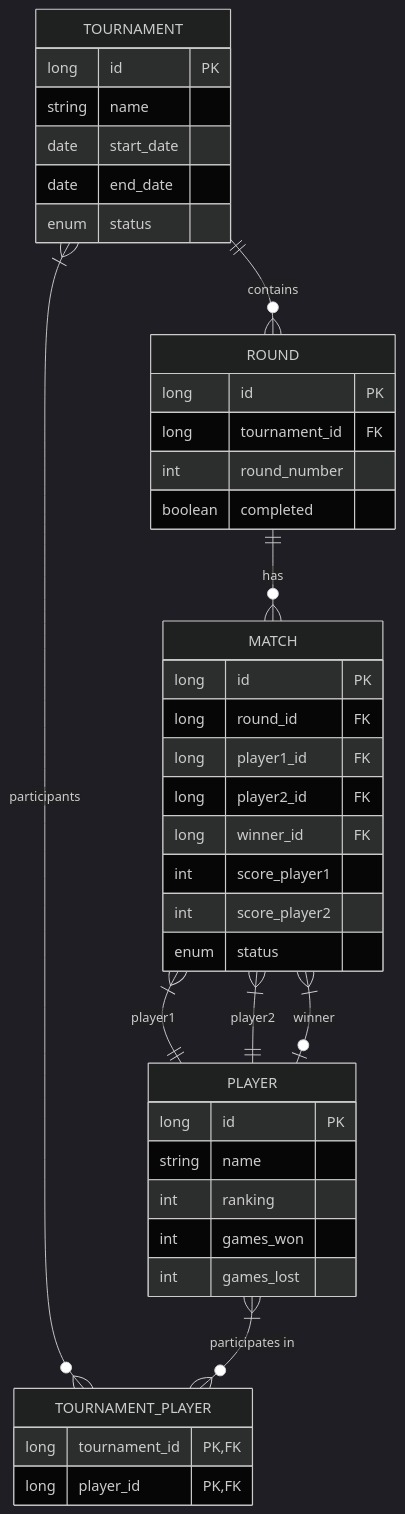
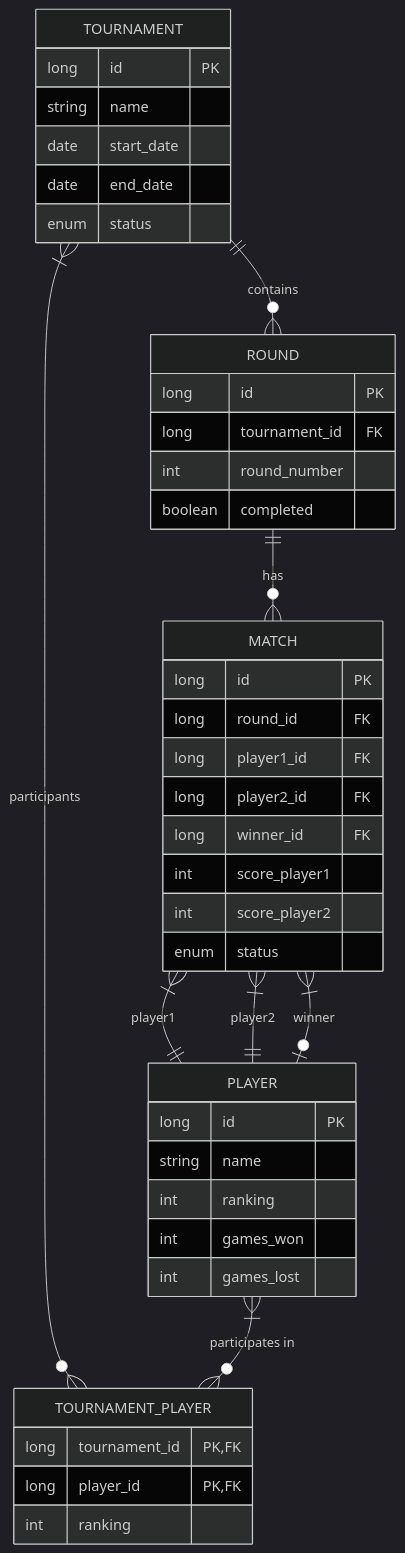
The diagram in Readme.md (ukondert/privat_turnier_management_app), drawn with Mermaid (dark theme) before and after one commit. The commit also changed other lines of this file and 3 other files, not shown here.

````diff
--- a/Readme.md
+++ b/Readme.md
@@ -9,49 +20,50 @@
 ```mermaid
 erDiagram
     PLAYER {
         long id PK
         string name
         int ranking
         int games_won
         int games_lost
     }
     
     TOURNAMENT {
         long id PK
         string name
         date start_date
         date end_date
         enum status
     }
     
     ROUND {
         long id PK
         long tournament_id FK
         int round_number
         boolean completed
     }
     
     MATCH {
         long id PK
         long round_id FK
         long player1_id FK
         long player2_id FK
         long winner_id FK
         int score_player1
         int score_player2
         enum status
     }
     
     TOURNAMENT_PLAYER {
         long tournament_id PK, FK
         long player_id PK, FK
+        int ranking
     }
     
     TOURNAMENT ||--o{ ROUND : "contains"
     ROUND ||--o{ MATCH : "has"
     MATCH }|--|| PLAYER : "player1"
     MATCH }|--|| PLAYER : "player2"
     MATCH }|--o| PLAYER : "winner"
     TOURNAMENT }|--o{ TOURNAMENT_PLAYER : "participants"
     PLAYER }|--o{ TOURNAMENT_PLAYER : "participates in"
 ```
````
